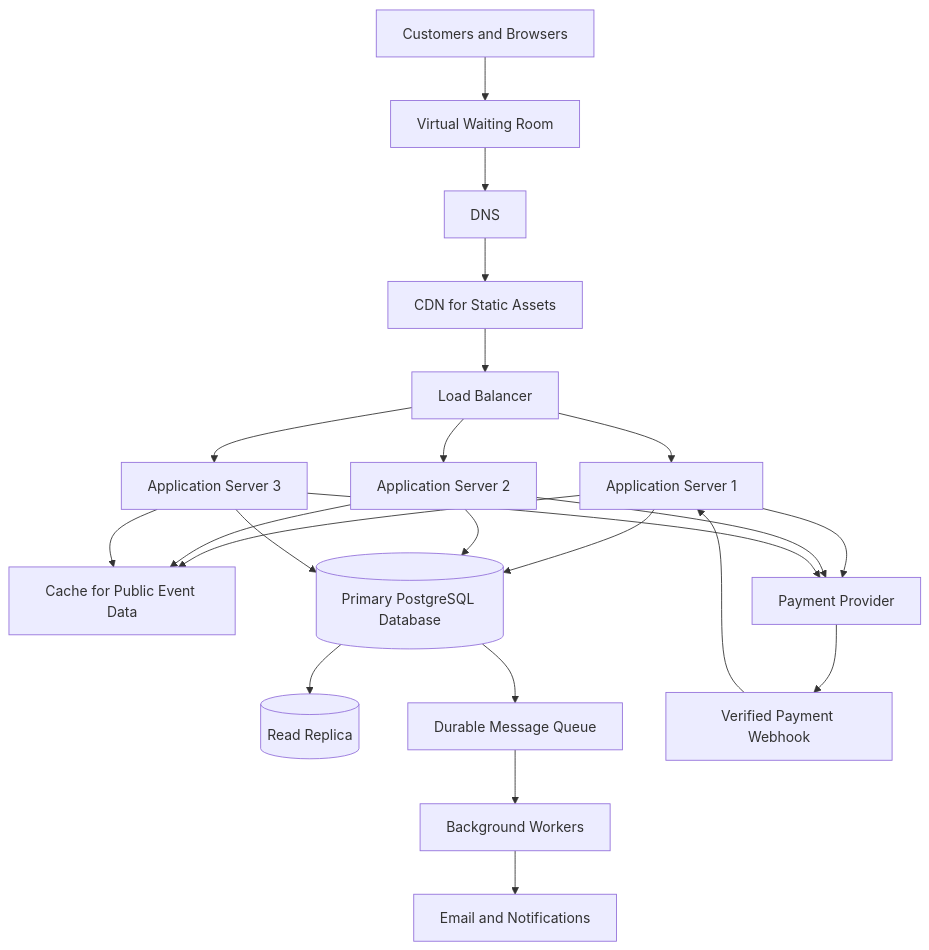
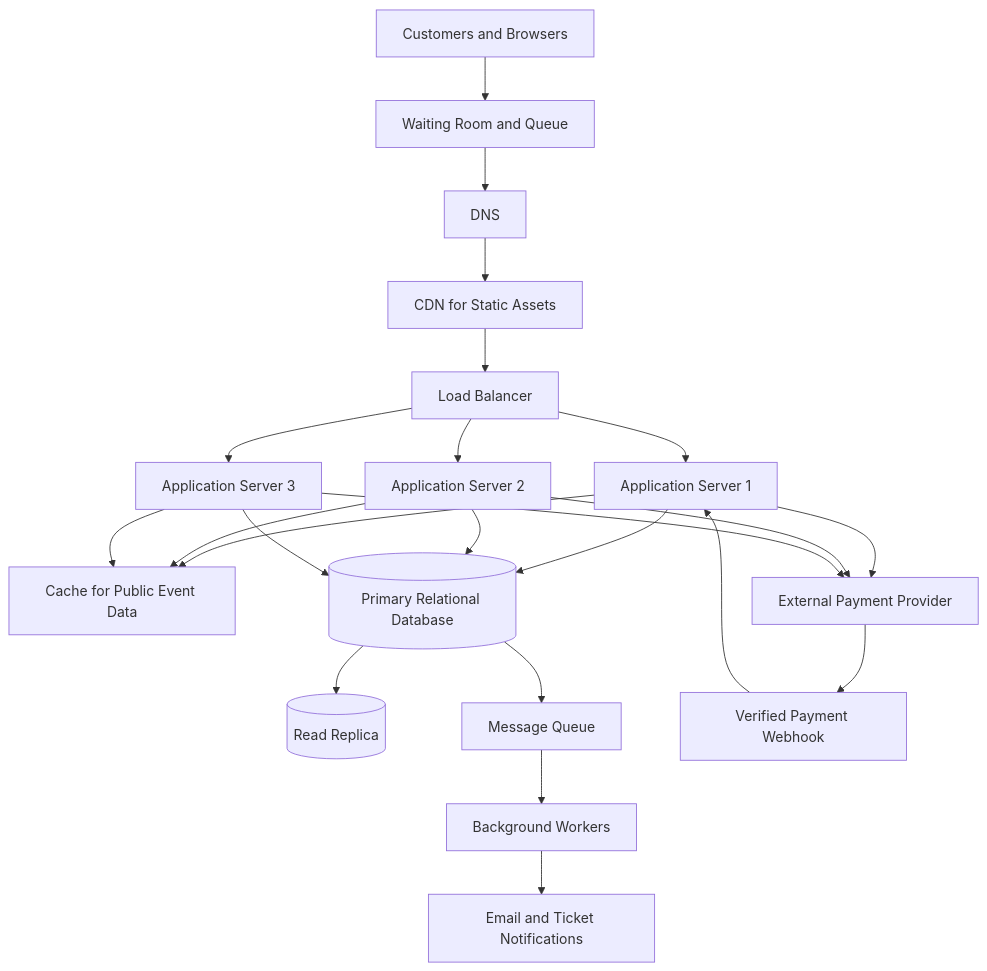
One commit to chiwowaibrahim-art/web-foundations-days changed the diagram in day8/ticketing-design.md. Above: the diagram before and after it, drawn with Mermaid. The commit also changed other lines of this file, not shown here.

````diff
--- a/day8/ticketing-design.md
+++ b/day8/ticketing-design.md
@@ -457,29 +457,25 @@
 ```mermaid
 flowchart TD
-    U[Customers and Browsers] --> W[Virtual Waiting Room]
+    U[Customers and Browsers] --> W[Waiting Room and Queue]
     W --> DNS[DNS]
     DNS --> CDN[CDN for Static Assets]
     CDN --> LB[Load Balancer]
     LB --> A1[Application Server 1]
     LB --> A2[Application Server 2]
     LB --> A3[Application Server 3]
-
     A1 --> C[Cache for Public Event Data]
     A2 --> C
     A3 --> C
-
-    A1 --> DB[(Primary PostgreSQL Database)]
+    A1 --> DB[(Primary Relational Database)]
     A2 --> DB
     A3 --> DB
-
     DB --> RR[(Read Replica)]
-    DB --> Q[Durable Message Queue]
+    DB --> Q[Message Queue]
     Q --> WK[Background Workers]
-    WK --> N[Email and Notifications]
-
-    A1 --> P[Payment Provider]
+    WK --> N[Email and Ticket Notifications]
+    A1 --> P[External Payment Provider]
     A2 --> P
     A3 --> P
     P --> WH[Verified Payment Webhook]
     WH --> A1
 ```
````
